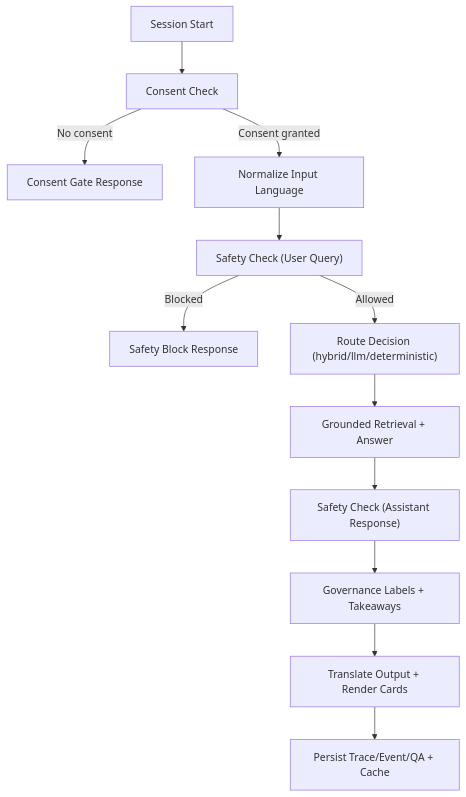
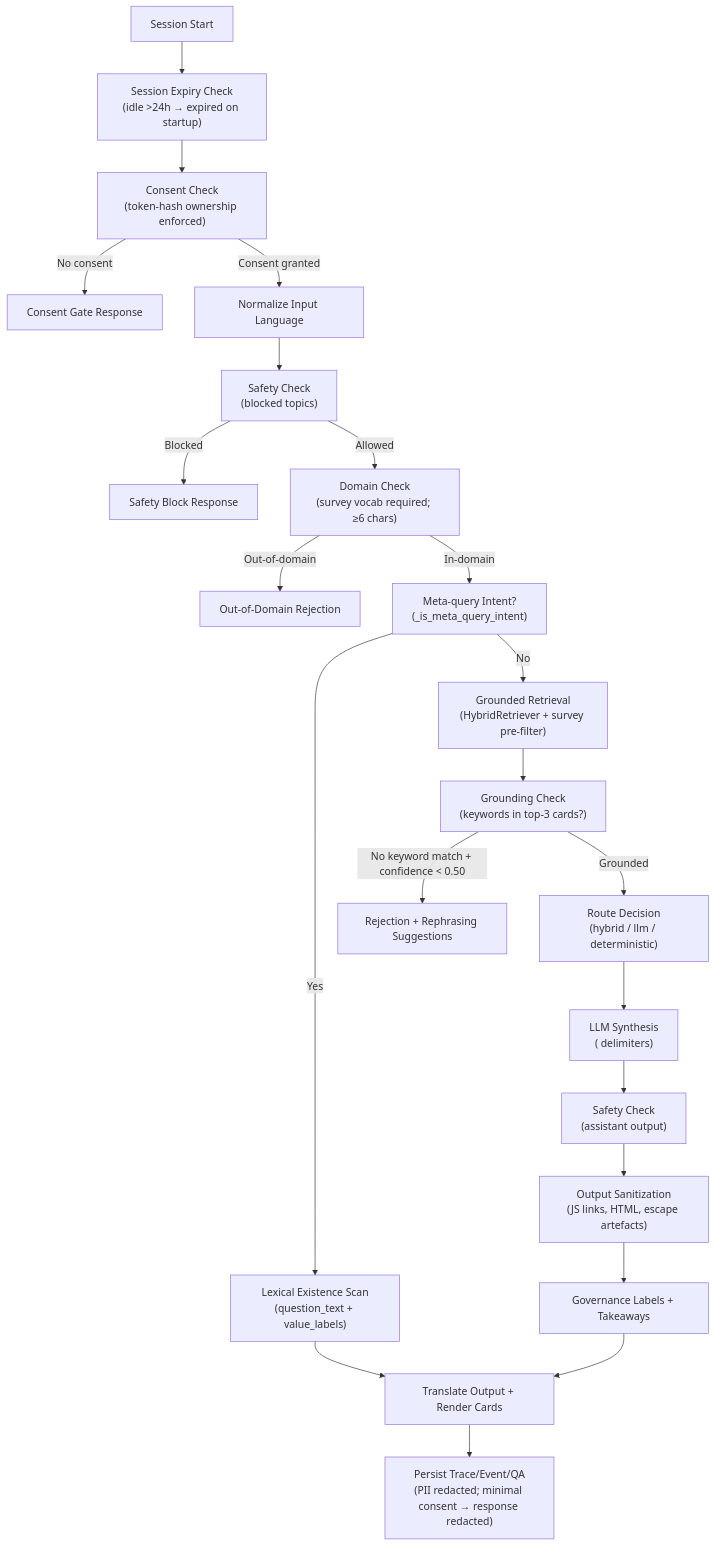
One commit to AKHydros/Capstone-Project changed the second of 2 diagrams in README.md. Above: the diagram before and after it, drawn with Mermaid. The commit also changed other lines of this file, not shown here.

````diff
--- a/README.md
+++ b/README.md
@@ -163,27 +242,46 @@
 ```mermaid
 graph TD
     START["Session Start"]
-    CONSENT["Consent Check"]
+    CONSENT["Consent Check\n(token-hash ownership enforced)"]
     BLOCK["Consent Gate Response"]
+    EXPIRE["Session Expiry Check\n(idle >24h → expired on startup)"]
     IN["Normalize Input Language"]
-    SAFE["Safety Check (User Query)"]
+    SAFE["Safety Check\n(blocked topics)"]
     SAFEBLOCK["Safety Block Response"]
-    ROUTE["Route Decision (hybrid/llm/deterministic)"]
-    RET["Grounded Retrieval + Answer"]
-    OUTSAFE["Safety Check (Assistant Response)"]
+    DOMAIN["Domain Check\n(survey vocab required; ≥6 chars)"]
+    DOMAINBLOCK["Out-of-Domain Rejection"]
+    METACHECK["Meta-query Intent?\n(_is_meta_query_intent)"]
+    METALEX["Lexical Existence Scan\n(question_text + value_labels)"]
+    RETRIEVE["Grounded Retrieval\n(HybridRetriever + survey pre-filter)"]
+    GROUNDCHECK["Grounding Check\n(keywords in top-3 cards?)"]
+    GROUNDFAIL["Rejection + Rephrasing Suggestions"]
+    ROUTE["Route Decision\n(hybrid / llm / deterministic)"]
+    LLM["LLM Synthesis\n(<user_query> delimiters)"]
+    OUTSAFE["Safety Check\n(assistant output)"]
+    SANITIZE["Output Sanitization\n(JS links, HTML, escape artefacts)"]
     GOV["Governance Labels + Takeaways"]
     OUT["Translate Output + Render Cards"]
-    TRACE["Persist Trace/Event/QA + Cache"]
+    TRACE["Persist Trace/Event/QA\n(PII redacted; minimal consent → response redacted)"]
 
-    START --> CONSENT
+    START --> EXPIRE
+    EXPIRE --> CONSENT
     CONSENT -->|No consent| BLOCK
     CONSENT -->|Consent granted| IN
     IN --> SAFE
     SAFE -->|Blocked| SAFEBLOCK
-    SAFE -->|Allowed| ROUTE
-    ROUTE --> RET
-    RET --> OUTSAFE
-    OUTSAFE --> GOV
+    SAFE -->|Allowed| DOMAIN
+    DOMAIN -->|Out-of-domain| DOMAINBLOCK
+    DOMAIN -->|In-domain| METACHECK
+    METACHECK -->|Yes| METALEX
+    METACHECK -->|No| RETRIEVE
+    METALEX --> OUT
+    RETRIEVE --> GROUNDCHECK
+    GROUNDCHECK -->|No keyword match + confidence < 0.50| GROUNDFAIL
+    GROUNDCHECK -->|Grounded| ROUTE
+    ROUTE --> LLM
+    LLM --> OUTSAFE
+    OUTSAFE --> SANITIZE
+    SANITIZE --> GOV
     GOV --> OUT
     OUT --> TRACE
 ```
````
